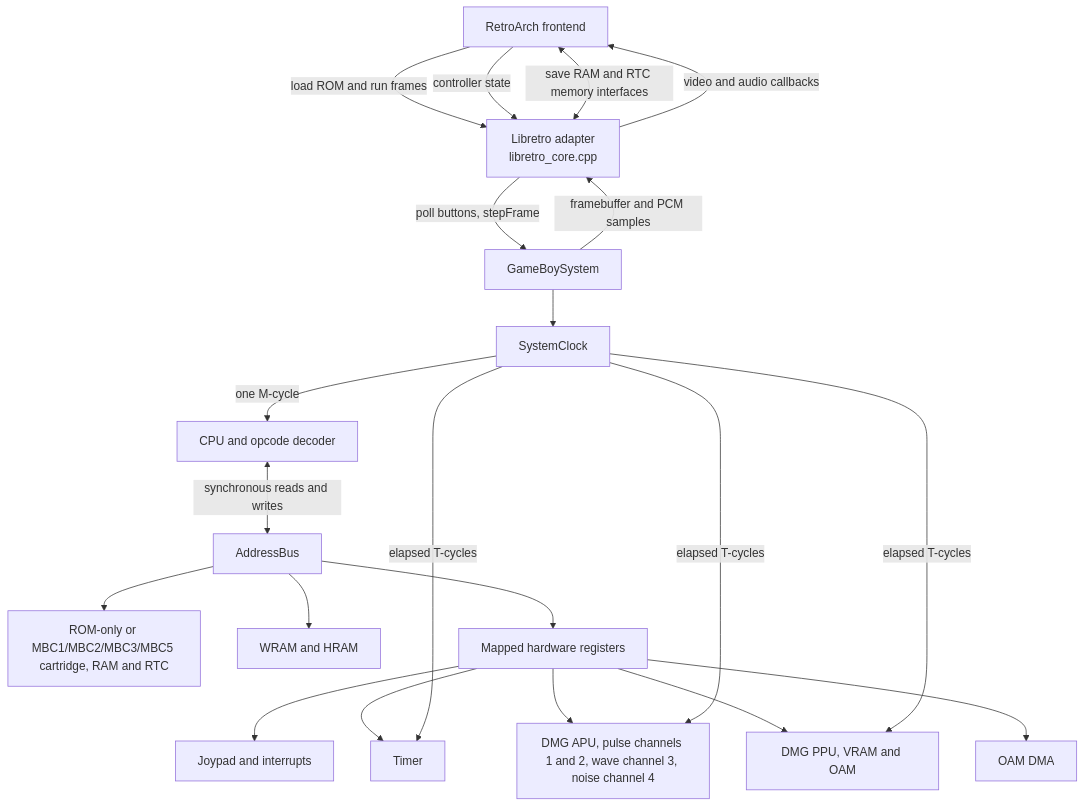
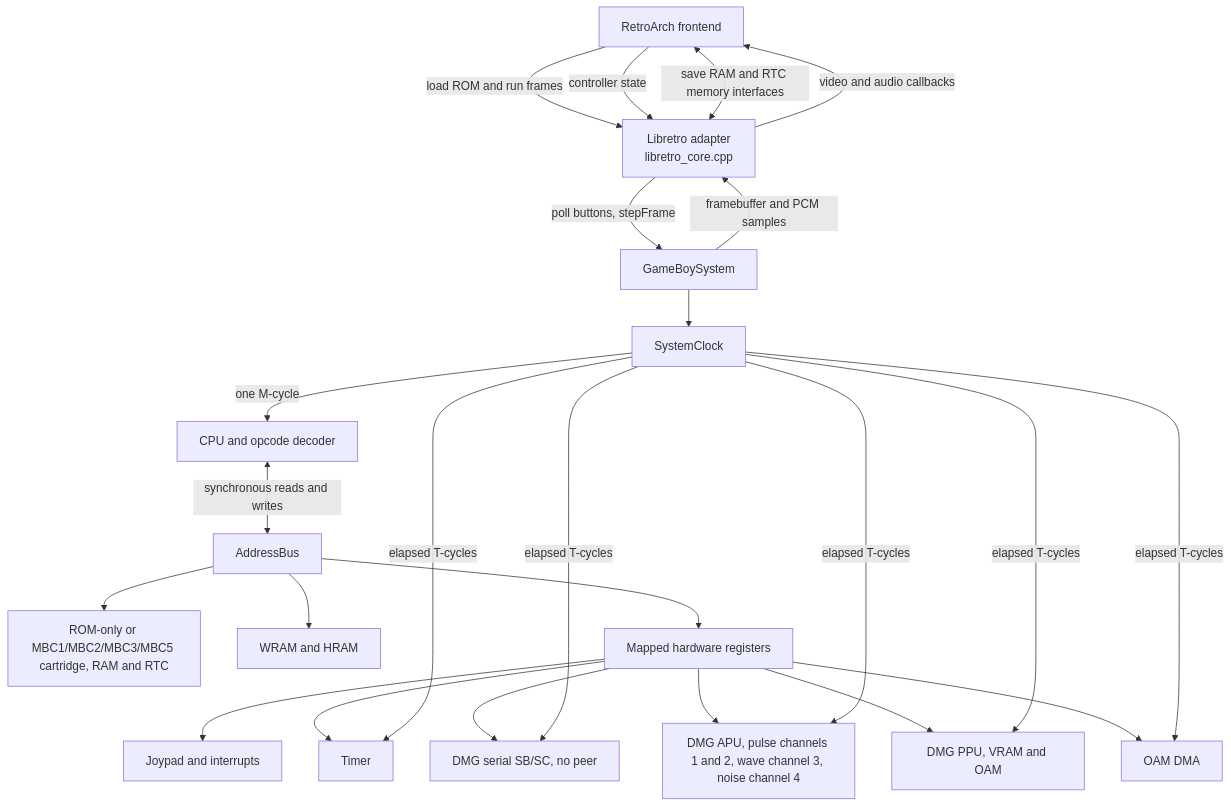
The diagram in docs/architecture.md (jiayeli-hualien/LotusGB), drawn with Mermaid before and after one commit. The commit also changed other lines of this file and 11 other files, not shown here.

Commit message:
Add unconnected DMG serial transfers and completion interrupts

````diff
--- a/docs/architecture.md
+++ b/docs/architecture.md
@@ -13,27 +13,30 @@
 ```mermaid
 flowchart TD
     RA[RetroArch frontend] -->|load ROM and run frames| LR[Libretro adapter<br/>libretro_core.cpp]
     RA -->|controller state| LR
     LR -->|poll buttons, stepFrame| SYS[GameBoySystem]
 
     SYS --> CLOCK[SystemClock]
     CLOCK -->|one M-cycle| CPU[CPU and opcode decoder]
     CPU <-->|synchronous reads and writes| BUS[AddressBus]
 
     BUS --> CART[ROM-only or MBC1/MBC2/MBC3/MBC5 cartridge, RAM and RTC]
     BUS --> RAM[WRAM and HRAM]
     BUS --> IO[Mapped hardware registers]
     IO --> JOY[Joypad and interrupts]
     IO --> TIMER[Timer]
+    IO --> SERIAL[DMG serial SB/SC, no peer]
     IO --> APU[DMG APU, pulse channels 1 and 2, wave channel 3, noise channel 4]
     IO --> PPU[DMG PPU, VRAM and OAM]
     IO --> DMA[OAM DMA]
 
+    CLOCK -->|elapsed T-cycles| SERIAL
     CLOCK -->|elapsed T-cycles| TIMER
     CLOCK -->|elapsed T-cycles| APU
     CLOCK -->|elapsed T-cycles| PPU
+    CLOCK -->|elapsed T-cycles| DMA
 
     SYS -->|framebuffer and PCM samples| LR
     RA <-->|save RAM and RTC memory interfaces| LR
     LR -->|video and audio callbacks| RA
 ```
````
